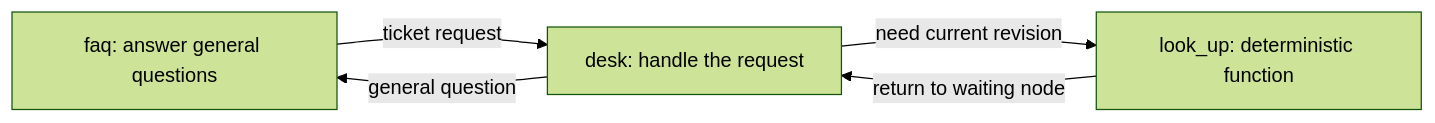
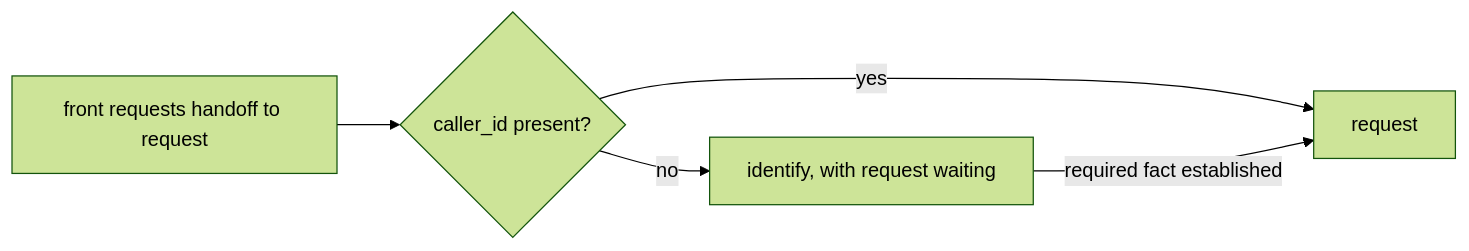
One commit to slng-ai/unmute-beat changed the second of 2 diagrams in docs/architecture/04-typed-flows-and-node-agents.md. Above: the diagram before and after it, drawn with Mermaid (forest theme). The commit also changed other lines of this file and 3 other files, not shown here.

Commit message:
docs: explain architecture through a shared generic walkthrough

````diff
--- a/docs/architecture/04-typed-flows-and-node-agents.md
+++ b/docs/architecture/04-typed-flows-and-node-agents.md
@@ -90,7 +192,7 @@
 ```mermaid
 flowchart LR
-    FAQ["faq: answer general questions"] -->|"ticket request"| Desk["desk: handle the request"]
-    Desk -->|"need current revision"| Lookup["look_up: deterministic function"]
-    Lookup -->|"return to waiting node"| Desk
-    Desk -->|"general question"| FAQ
+    Front["front requests handoff to request"] --> Check{"caller_id present?"}
+    Check -->|"yes"| Request["request"]
+    Check -->|"no"| Identify["identify, with request waiting"]
+    Identify -->|"required fact established"| Request
 ```
````
